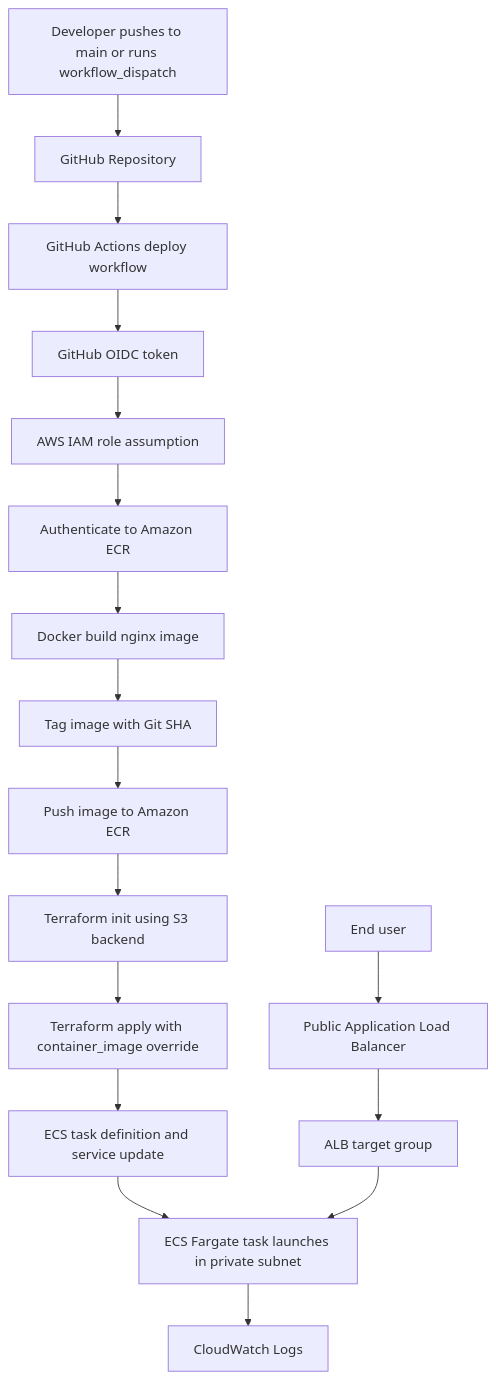
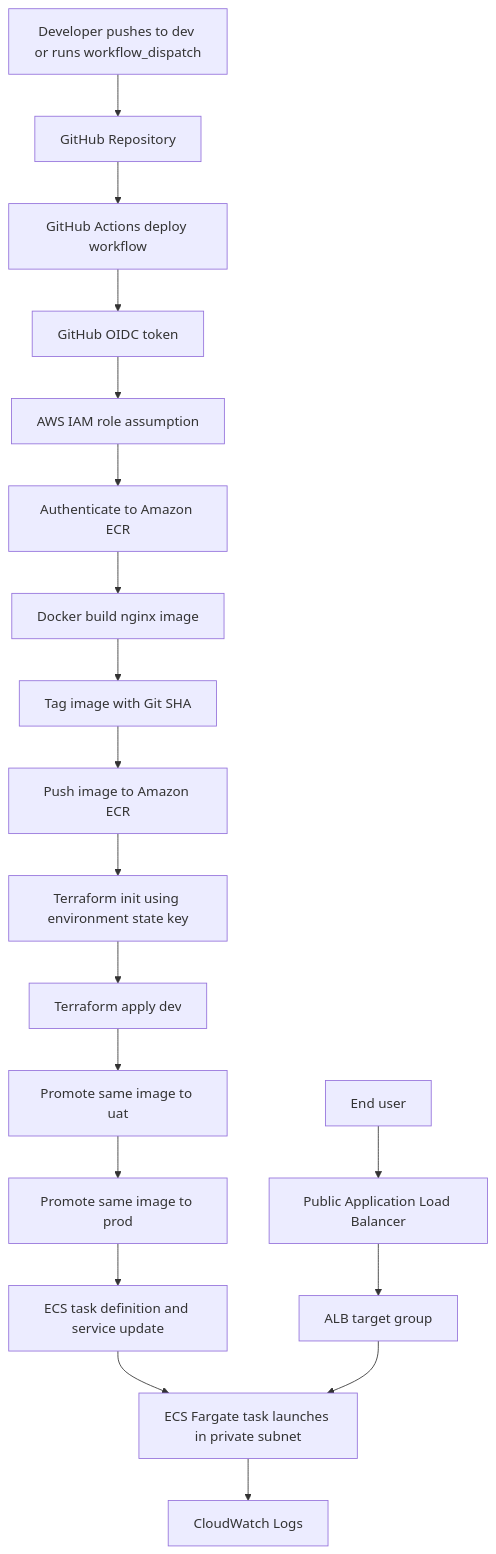
Before and after one commit to danielblakeman10/Container-Build-Platform: the first of 4 diagrams in README.md, drawn with Mermaid. The commit also changed other lines of this file and 13 other files, not shown here.

Commit message:
Add dev uat prod promotion pipeline

````diff
--- a/README.md
+++ b/README.md
@@ -55,19 +55,21 @@
 ```mermaid
 flowchart TD
-    Dev[Developer pushes to main or runs workflow_dispatch] --> GH[GitHub Repository]
+    Dev[Developer pushes to dev or runs workflow_dispatch] --> GH[GitHub Repository]
     GH --> GHA[GitHub Actions deploy workflow]
     GHA --> OIDC[GitHub OIDC token]
     OIDC --> IAM[AWS IAM role assumption]
     IAM --> ECRLogin[Authenticate to Amazon ECR]
     ECRLogin --> Build[Docker build nginx image]
     Build --> Tag[Tag image with Git SHA]
     Tag --> Push[Push image to Amazon ECR]
-    Push --> TFInit[Terraform init using S3 backend]
-    TFInit --> TFApply[Terraform apply with container_image override]
-    TFApply --> ECSUpdate[ECS task definition and service update]
+    Push --> TFInit[Terraform init using environment state key]
+    TFInit --> DevApply[Terraform apply dev]
+    DevApply --> UATApply[Promote same image to uat]
+    UATApply --> ProdApply[Promote same image to prod]
+    ProdApply --> ECSUpdate[ECS task definition and service update]
     ECSUpdate --> Fargate[ECS Fargate task launches in private subnet]
     User[End user] --> ALB[Public Application Load Balancer]
     ALB --> TG[ALB target group]
     TG --> Fargate
     Fargate --> Logs[CloudWatch Logs]
 ```
````
